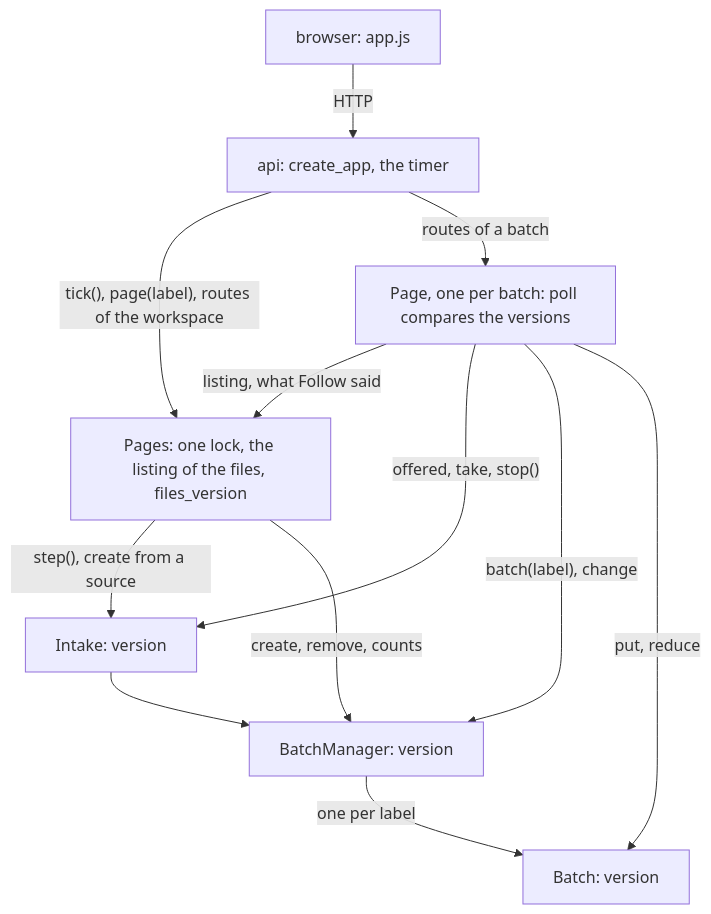
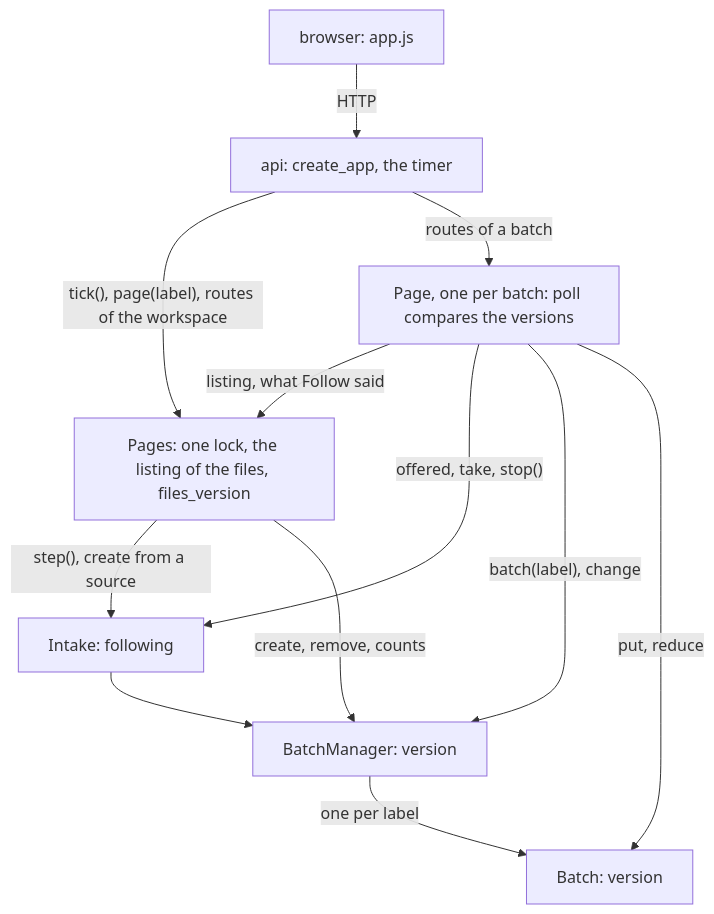
One commit to scipp/essapps changed the second of 3 diagrams in packages/essbatch/src/ess/batch/web/README.md. Above: the diagram before and after it, drawn with Mermaid. The commit also changed other lines of this file and 7 other files, not shown here.

````diff
--- a/packages/essbatch/src/ess/batch/web/README.md
+++ b/packages/essbatch/src/ess/batch/web/README.md
@@ -297,21 +297,21 @@
 ```mermaid
 flowchart TD
     browser["browser: app.js"]
     api["api: create_app, the timer"]
     pages["Pages: one lock, the listing of the files, files_version"]
     page["Page, one per batch: poll compares the versions"]
-    intake["Intake: version"]
+    intake["Intake: following"]
     manager["BatchManager: version"]
     batch["Batch: version"]
     browser -->|HTTP| api
     api -->|"tick(), page(label), routes of the workspace"| pages
     api -->|routes of a batch| page
     pages -->|"step(), create from a source"| intake
     pages -->|"create, remove, counts"| manager
     page -->|"listing, what Follow said"| pages
     page -->|"offered, take, stop()"| intake
     page -->|"batch(label), change"| manager
     page -->|"put, reduce"| batch
     intake --> manager
     manager -->|one per label| batch
 ```
````
